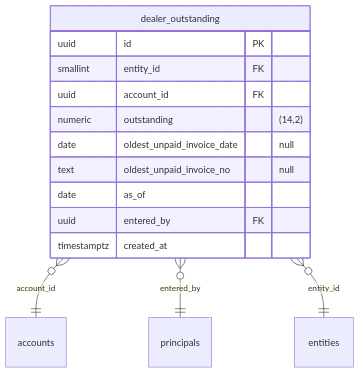
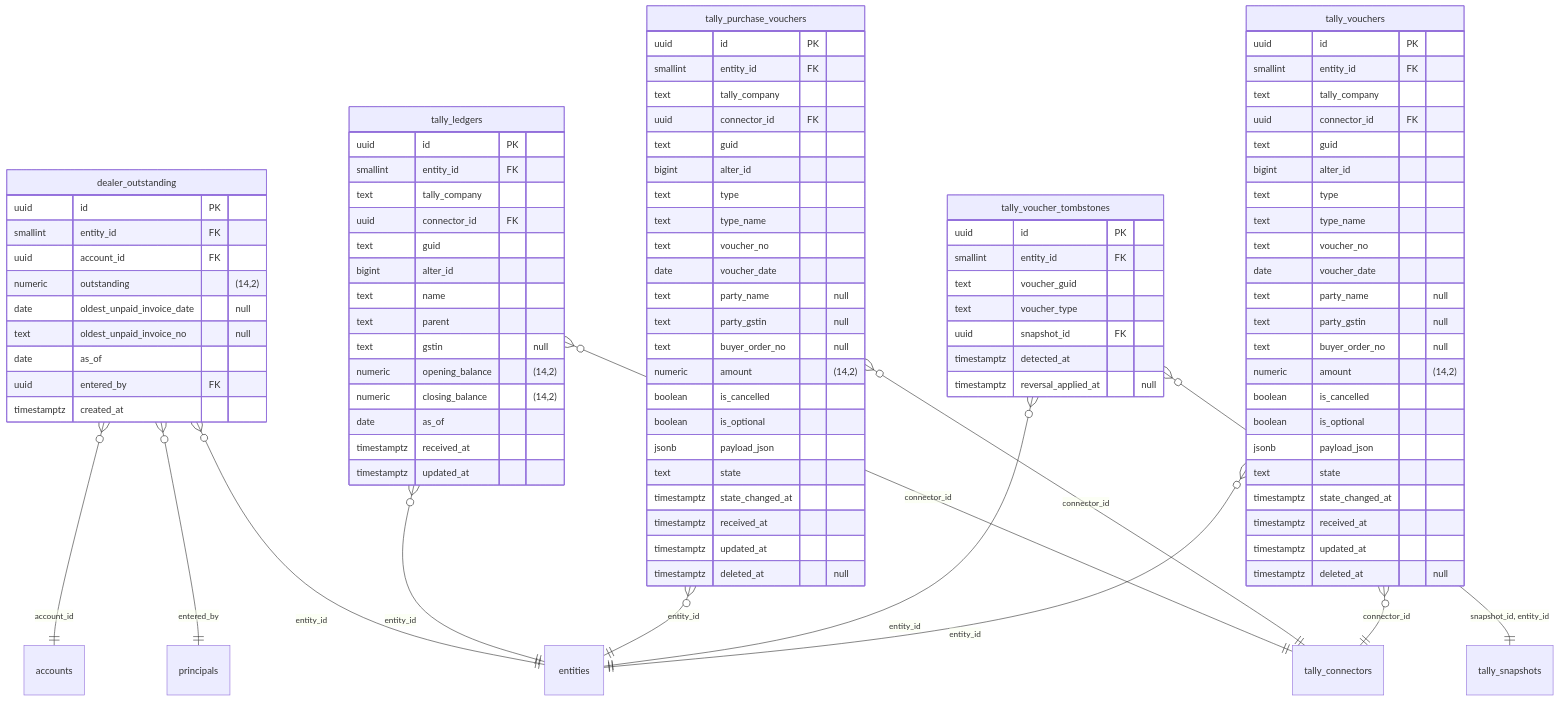
Before and after one commit to techaust/shakti_prime: the eighth of 17 diagrams in docs/data/erd.md, drawn with Mermaid. The commit also changed other lines of this file and 8 other files, not shown here.

First line of the commit message:
wip(tally): the refusal sweep, the masking exemptions, the connector grant for all companies, regenerated data and machine documents

````diff
--- a/docs/data/erd.md
+++ b/docs/data/erd.md
@@ -1529,7 +1529,88 @@
     uuid entered_by FK
     timestamptz created_at
   }
+  tally_ledgers {
+    uuid id PK
+    smallint entity_id FK
+    text tally_company
+    uuid connector_id FK
+    text guid
+    bigint alter_id
+    text name
+    text parent
+    text gstin "null"
+    numeric opening_balance "(14,2)"
+    numeric closing_balance "(14,2)"
+    date as_of
+    timestamptz received_at
+    timestamptz updated_at
+  }
+  tally_purchase_vouchers {
+    uuid id PK
+    smallint entity_id FK
+    text tally_company
+    uuid connector_id FK
+    text guid
+    bigint alter_id
+    text type
+    text type_name
+    text voucher_no
+    date voucher_date
+    text party_name "null"
+    text party_gstin "null"
+    text buyer_order_no "null"
+    numeric amount "(14,2)"
+    boolean is_cancelled
+    boolean is_optional
+    jsonb payload_json
+    text state
+    timestamptz state_changed_at
+    timestamptz received_at
+    timestamptz updated_at
+    timestamptz deleted_at "null"
+  }
+  tally_voucher_tombstones {
+    uuid id PK
+    smallint entity_id FK
+    text voucher_guid
+    text voucher_type
+    uuid snapshot_id FK
+    timestamptz detected_at
+    timestamptz reversal_applied_at "null"
+  }
+  tally_vouchers {
+    uuid id PK
+    smallint entity_id FK
+    text tally_company
+    uuid connector_id FK
+    text guid
+    bigint alter_id
+    text type
+    text type_name
+    text voucher_no
+    date voucher_date
+    text party_name "null"
+    text party_gstin "null"
+    text buyer_order_no "null"
+    numeric amount "(14,2)"
+    boolean is_cancelled
+    boolean is_optional
+    jsonb payload_json
+    text state
+    timestamptz state_changed_at
+    timestamptz received_at
+    timestamptz updated_at
+    timestamptz deleted_at "null"
+  }
   dealer_outstanding }o--|| accounts : "account_id"
   dealer_outstanding }o--|| principals : "entered_by"
   dealer_outstanding }o--|| entities : "entity_id"
+  tally_ledgers }o--|| tally_connectors : "connector_id"
+  tally_ledgers }o--|| entities : "entity_id"
+  tally_purchase_vouchers }o--|| tally_connectors : "connector_id"
+  tally_purchase_vouchers }o--|| entities : "entity_id"
+  tally_voucher_tombstones }o--|| entities : "entity_id"
+  tally_voucher_tombstones }o--|| tally_snapshots : "snapshot_id, entity_id"
+  tally_vouchers }o--|| tally_connectors : "connector_id"
+  tally_vouchers }o--|| entities : "entity_id"
 ```
````
